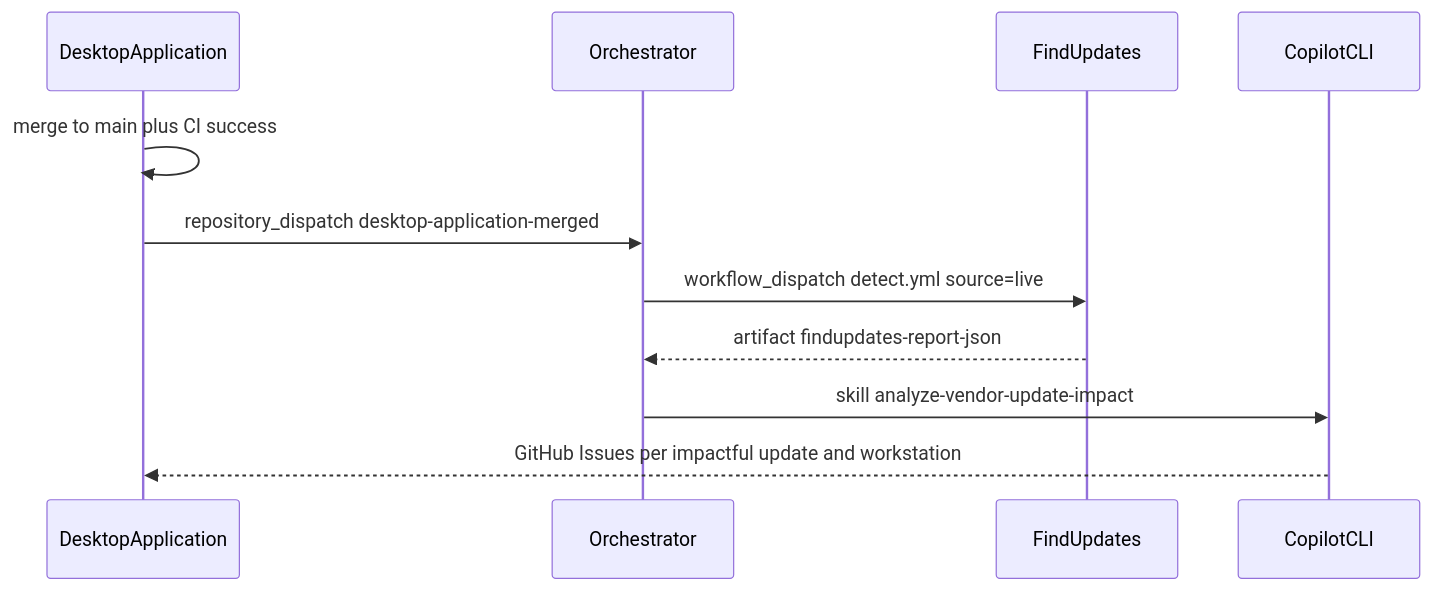
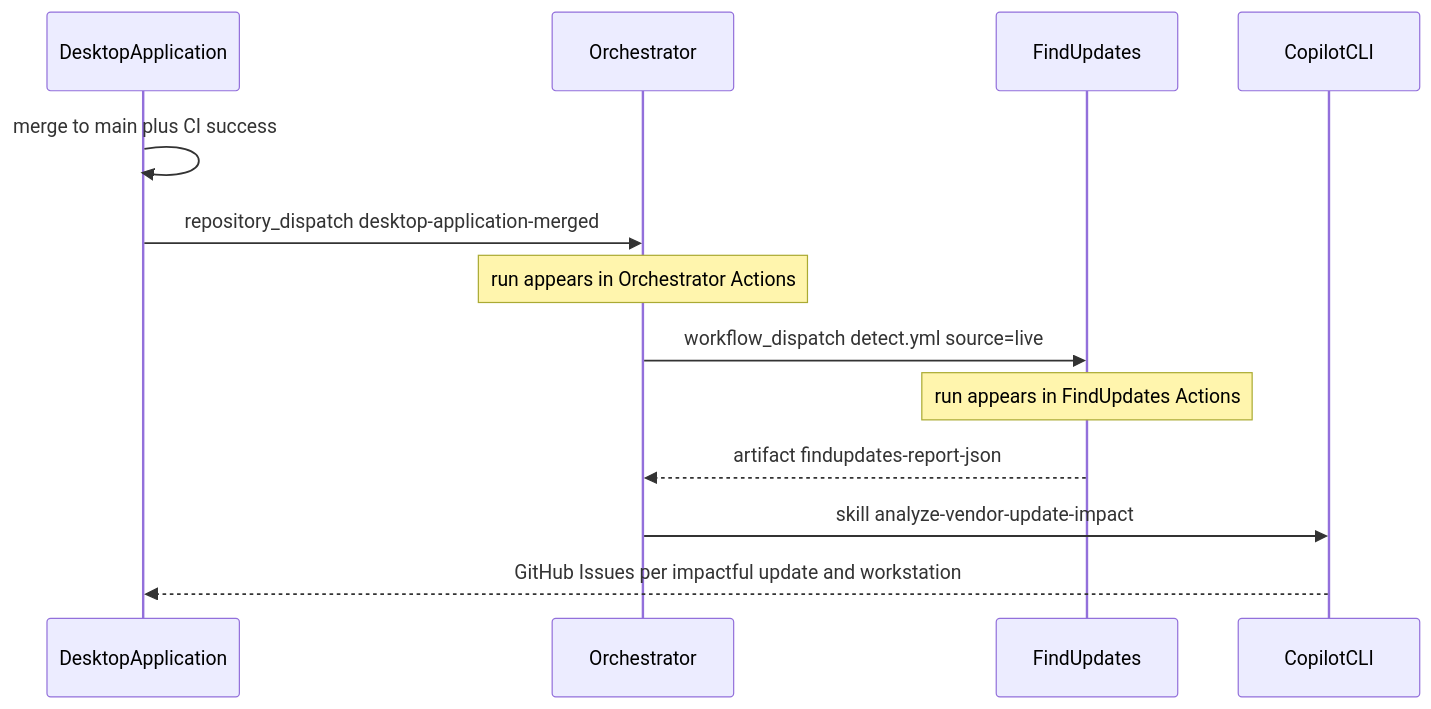
Before and after one commit to defrances/Orchestrator: the diagram in README.md, drawn with Mermaid. The commit also changed other lines of this file and 2 other files, not shown here.

Commit message:
Run analysis only in Orchestrator and require a remote FindUpdates detect.yml run.

````diff
--- a/README.md
+++ b/README.md
@@ -13,13 +15,15 @@
 ```mermaid
 sequenceDiagram
   participant DA as DesktopApplication
   participant Orch as Orchestrator
   participant FU as FindUpdates
   participant Copilot as CopilotCLI
   DA->>DA: merge to main plus CI success
   DA->>Orch: repository_dispatch desktop-application-merged
+  Note over Orch: run appears in Orchestrator Actions
   Orch->>FU: workflow_dispatch detect.yml source=live
+  Note over FU: run appears in FindUpdates Actions
   FU-->>Orch: artifact findupdates-report-json
   Orch->>Copilot: skill analyze-vendor-update-impact
   Copilot-->>DA: GitHub Issues per impactful update and workstation
 ```
````
